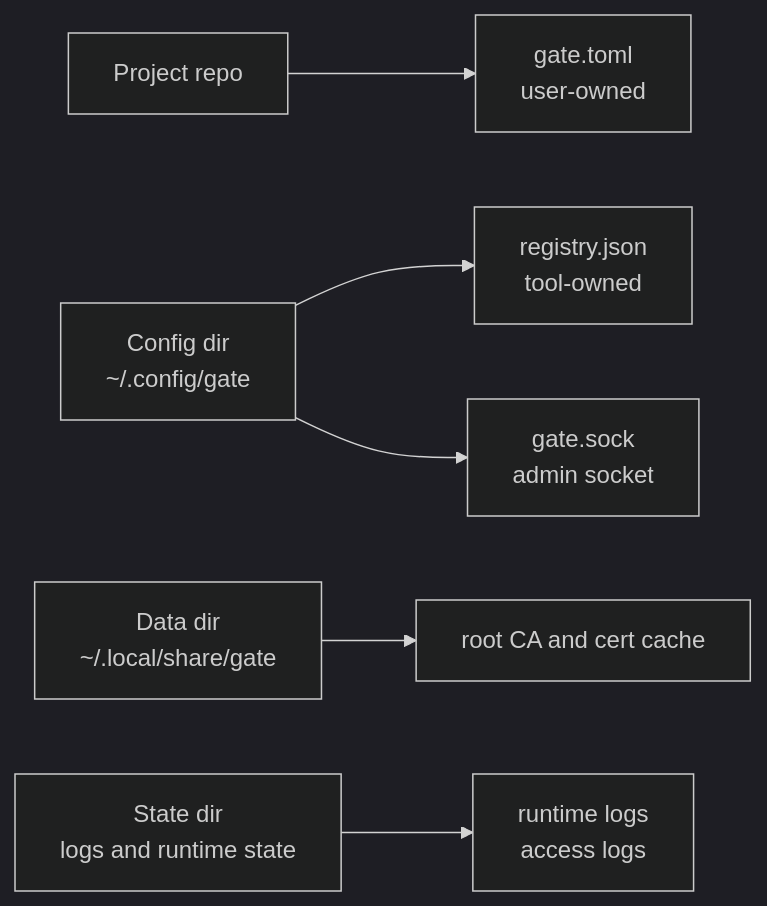
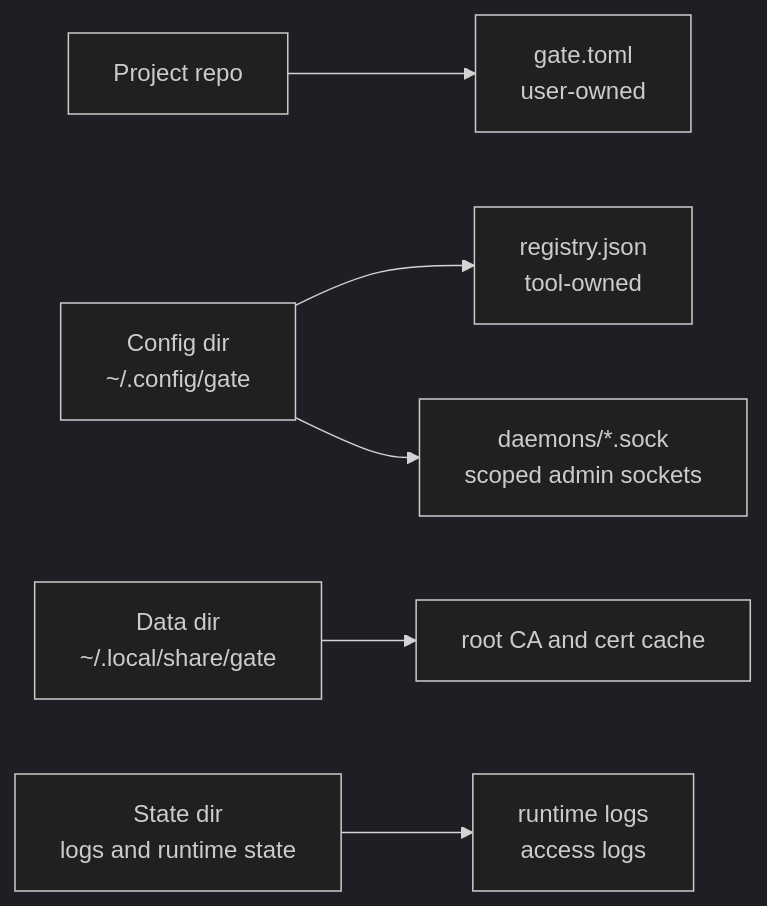
One commit to jinyongp/prx changed the fourth of 12 diagrams in docs/spec.md. Above: the diagram before and after it, drawn with Mermaid (dark theme). The commit also changed other lines of this file and 22 other files, not shown here.

````diff
--- a/docs/spec.md
+++ b/docs/spec.md
@@ -190,18 +191,18 @@
 ```mermaid
 flowchart LR
     project["Project repo"]
     gatetoml["gate.toml<br/>user-owned"]
     cfgdir["Config dir<br/>~/.config/gate"]
     registry["registry.json<br/>tool-owned"]
-    sock["gate.sock<br/>admin socket"]
+    sockets["daemons/*.sock<br/>scoped admin sockets"]
     datadir["Data dir<br/>~/.local/share/gate"]
     ca["root CA and cert cache"]
     statedir["State dir<br/>logs and runtime state"]
     logs["runtime logs<br/>access logs"]
 
     project --> gatetoml
     cfgdir --> registry
-    cfgdir --> sock
+    cfgdir --> sockets
     datadir --> ca
     statedir --> logs
 ```
````
